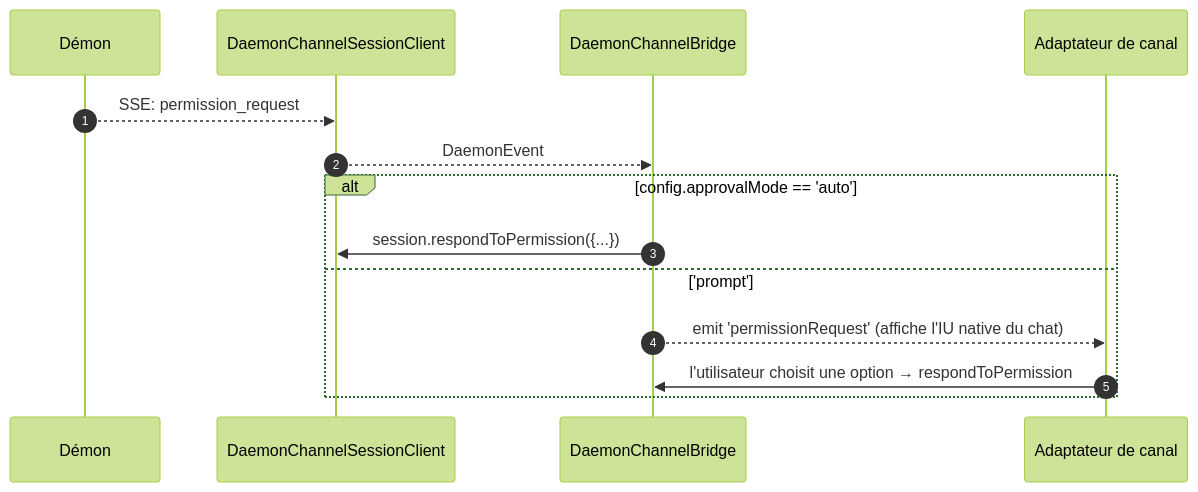
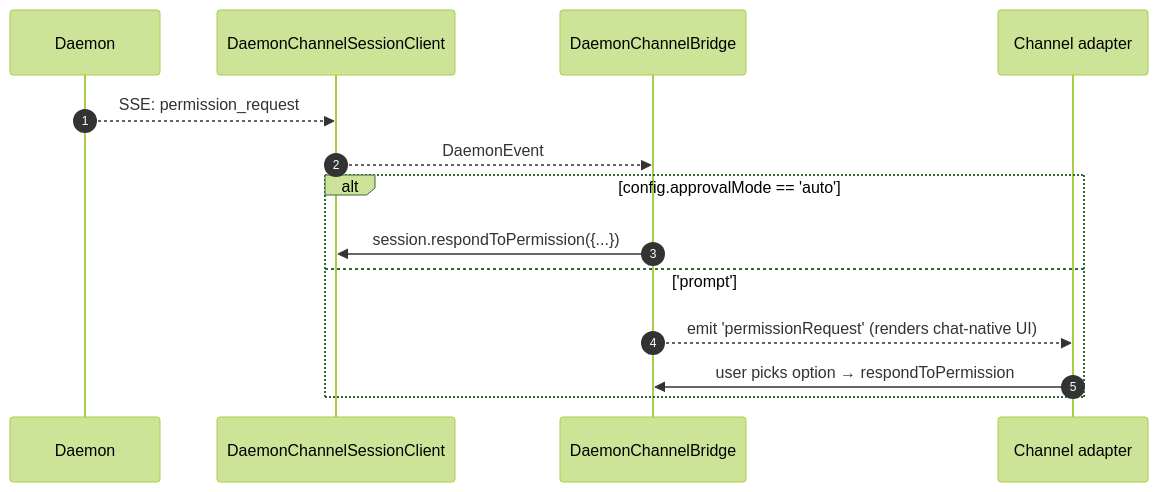
Before and after one commit to QwenLM/qwen-code-docs: the third of 3 diagrams in website/content/fr/developers/daemon/15-channel-adapters.md, drawn with Mermaid (forest theme). The commit also changed other lines of this file and 128 other files, not shown here.

````diff
--- a/website/content/fr/developers/daemon/15-channel-adapters.md
+++ b/website/content/fr/developers/daemon/15-channel-adapters.md
@@ -135,17 +140,17 @@
 ```mermaid
 sequenceDiagram
     autonumber
-    participant D as Démon
+    participant D as Daemon
     participant SC as DaemonChannelSessionClient
     participant BR as DaemonChannelBridge
-    participant AD as Adaptateur de canal
+    participant AD as Channel adapter
 
     D-->>SC: SSE: permission_request
     SC-->>BR: DaemonEvent
     alt config.approvalMode == 'auto'
         BR->>SC: session.respondToPermission({...})
     else 'prompt'
-        BR-->>AD: emit 'permissionRequest' (affiche l'IU native du chat)
-        AD->>BR: l'utilisateur choisit une option → respondToPermission
+        BR-->>AD: emit 'permissionRequest' (renders chat-native UI)
+        AD->>BR: user picks option → respondToPermission
     end
 ```
````
